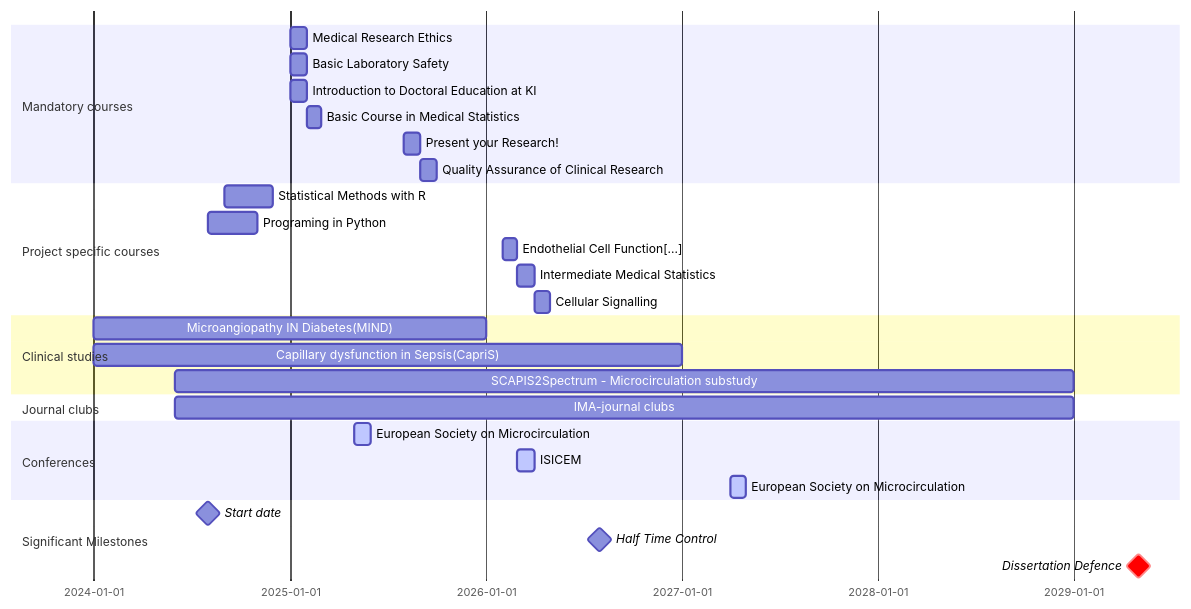
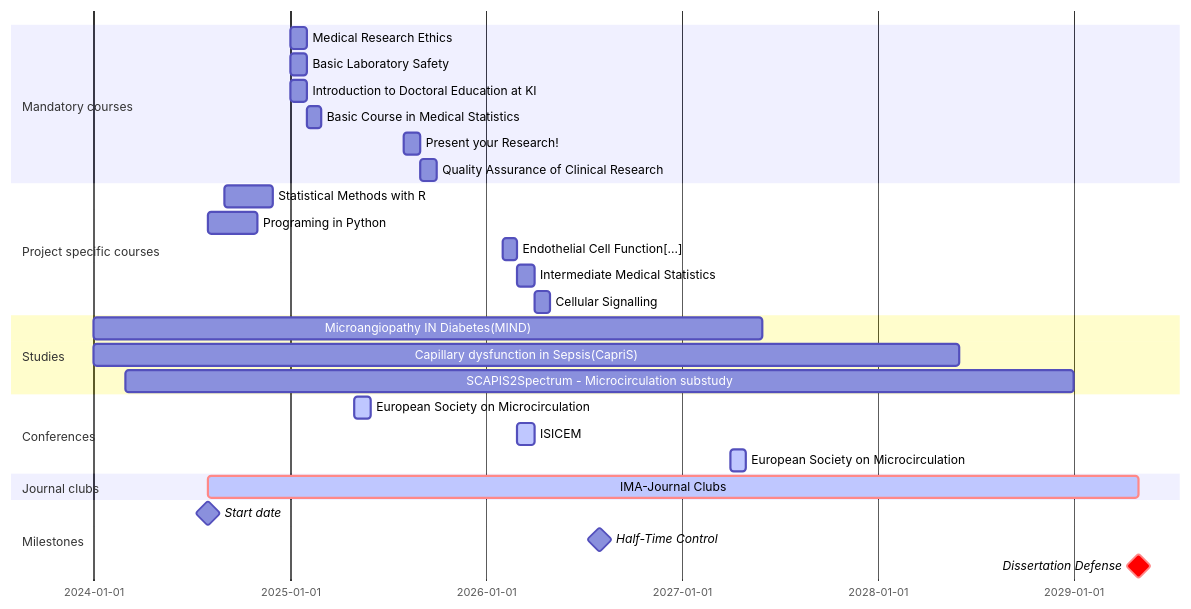
One commit to Widaeus/presentation changed the diagram in index.qmd. Above: the diagram before and after it, drawn with Mermaid. The commit also changed other lines of this file and 1 other file, not shown here.

````diff
--- a/index.qmd
+++ b/index.qmd
@@ -118,31 +130,31 @@
 ```{mermaid}
 gantt
     dateFormat YYYY-MM
     section Mandatory courses
         Medical Research Ethics                     :active               2025-01, 2025-02
         Basic Laboratory Safety                     :active               2025-01, 2025-02
         Introduction to Doctoral Education at KI    :active               2025-01, 2025-02
         Basic Course in Medical Statistics          :active               2025-02, 2025-03
         Present your Research!                      :active               2025-08, 2025-09
         Quality Assurance of Clinical Research      :active               2025-09, 2025-10
     section Project specific courses
         Statistical Methods with R                  :active               2024-09, 2024-12
         Programing in Python                        :active               2024-08, 2024-11
         Endothelial Cell Function[...]              :active               2026-02, 2026-03
         Intermediate Medical Statistics             :active               2026-03, 2026-04
         Cellular Signalling                         :active               2026-04, 2026-05
-    section Clinical studies
-        Microangiopathy IN Diabetes(MIND)           :active               2024-01, 2026-01
-        Capillary dysfunction in Sepsis(CapriS)     :active               2024-01, 2027-01
-        SCAPIS2Spectrum - Microcirculation substudy :active               2024-06, 2029-01
-    section Journal clubs
-        IMA-journal clubs                           :active               2024-06, 2029-01
+    section Studies
+        Microangiopathy IN Diabetes(MIND)           :active               2024-01, 2027-06
+        Capillary dysfunction in Sepsis(CapriS)     :active               2024-01, 2028-06
+        SCAPIS2Spectrum - Microcirculation substudy :active               2024-03, 2029-01
     section Conferences
         European Society on Microcirculation        :active, milestone    2025-05, 2025-06
         ISICEM                                      :active, milestone    2026-03, 2026-04
         European Society on Microcirculation        :active, milestone    2027-04, 2027-05
-    section Significant Milestones
+    section Journal clubs
+        IMA-Journal Clubs                           :active, crit,        2024-08, 2029-05
+    section Milestones
         Start date                                  :milestone,           2024-08, 2024-08
-        Half Time Control                           :milestone,           2026-08, 2026-08
-        Dissertation Defence                        :milestone, crit,     2029-05, 2029-05
+        Half-Time Control                           :milestone,           2026-08, 2026-08
+        Dissertation Defense                        :milestone, crit,     2029-05, 2029-05
 ```
````
